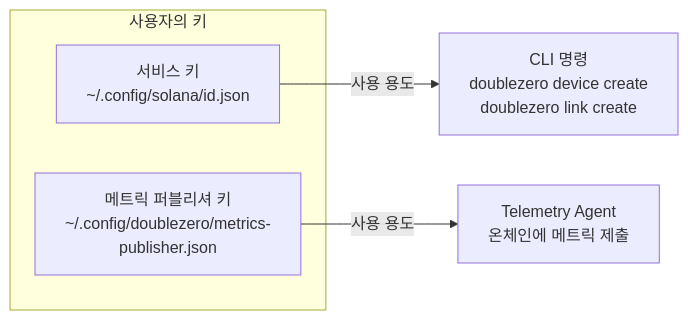
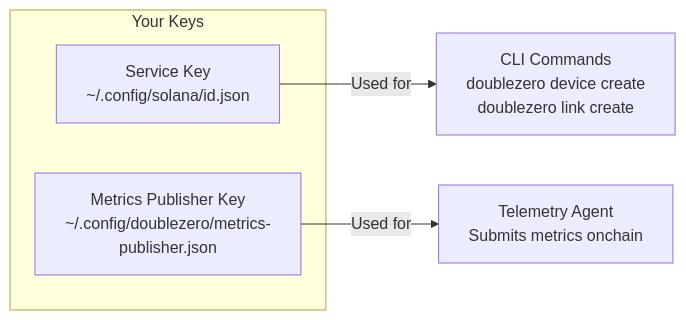
The fourth of 13 diagrams in docs/contribute-provisioning.ko.md (malbeclabs/docs), drawn with Mermaid before and after one commit. The commit also changed other lines of this file and 130 other files, not shown here.

````diff
--- a/docs/contribute-provisioning.ko.md
+++ b/docs/contribute-provisioning.ko.md
@@ -205,10 +205,10 @@
 ```mermaid
 flowchart LR
-    subgraph "사용자의 키"
-        SK[서비스 키<br/>~/.config/solana/id.json]
-        MK[메트릭 퍼블리셔 키<br/>~/.config/doublezero/metrics-publisher.json]
+    subgraph "Your Keys"
+        SK[Service Key<br/>~/.config/solana/id.json]
+        MK[Metrics Publisher Key<br/>~/.config/doublezero/metrics-publisher.json]
     end
 
-    SK -->|사용 용도| CLI[CLI 명령<br/>doublezero device create<br/>doublezero link create]
-    MK -->|사용 용도| TEL[Telemetry Agent<br/>온체인에 메트릭 제출]
+    SK -->|Used for| CLI[CLI Commands<br/>doublezero device create<br/>doublezero link create]
+    MK -->|Used for| TEL[Telemetry Agent<br/>Submits metrics onchain]
 ```
````
